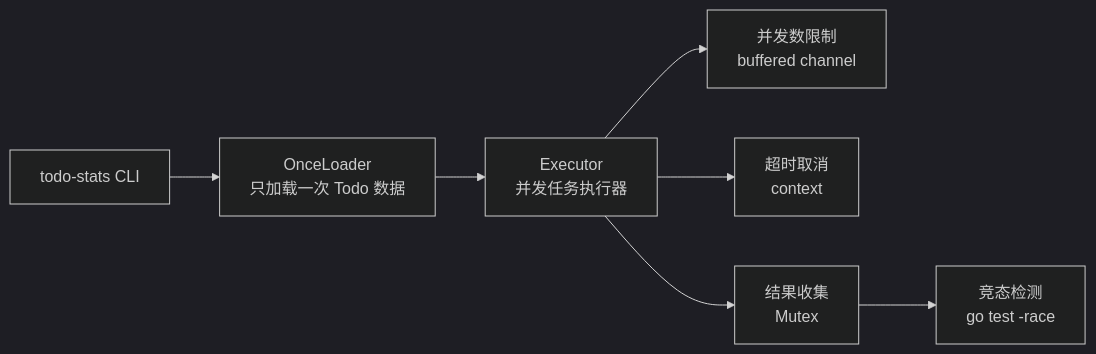
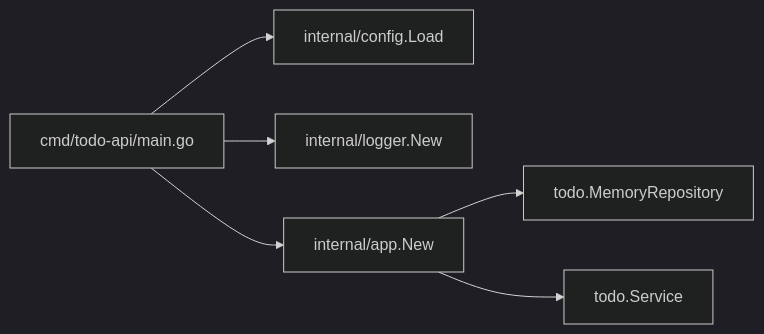
Before and after one commit to yleoer/cloud-native-todo-platform-docs: the first of 2 diagrams in docs/chapters/stage-02-go-backend/08-go-concurrency.md, drawn with Mermaid (dark theme). The commit also changed other lines of this file and 4 other files, not shown here.

````diff
--- a/docs/chapters/stage-02-go-backend/08-go-concurrency.md
+++ b/docs/chapters/stage-02-go-backend/08-go-concurrency.md
@@ -68,16 +141,15 @@
 ```mermaid
 flowchart LR
-    CLI["todo-stats CLI"]
-    Loader["OnceLoader<br/>只加载一次 Todo 数据"]
-    Executor["Executor<br/>并发任务执行器"]
-    Limit["并发数限制<br/>buffered channel"]
-    Cancel["超时取消<br/>context"]
-    Collector["结果收集<br/>Mutex"]
-    Race["竞态检测<br/>go test -race"]
+    Main["cmd/todo-api/main.go"]
+    Config["internal/config.Load"]
+    Logger["internal/logger.New"]
+    App["internal/app.New"]
+    Repo["todo.MemoryRepository"]
+    Service["todo.Service"]
 
-    CLI --> Loader --> Executor
-    Executor --> Limit
-    Executor --> Cancel
-    Executor --> Collector
-    Collector --> Race
+    Main --> Config
+    Main --> Logger
+    Main --> App
+    App --> Repo
+    App --> Service
 ```
````
